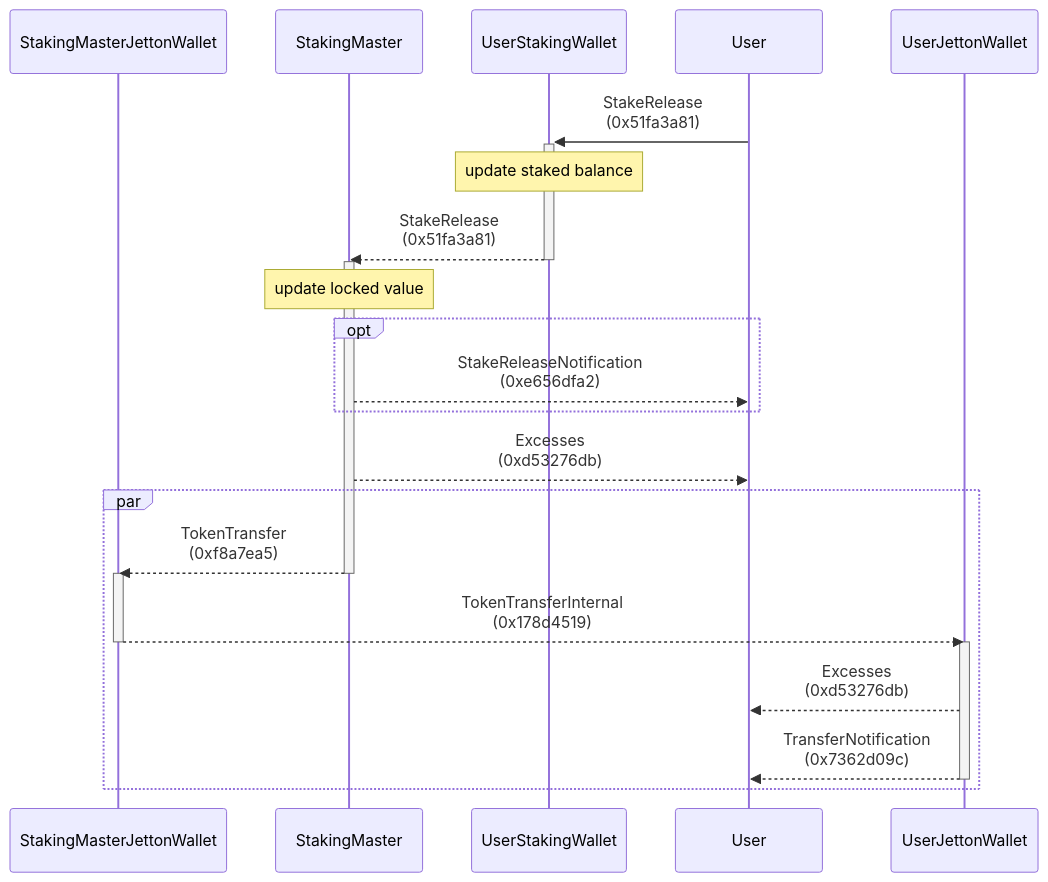
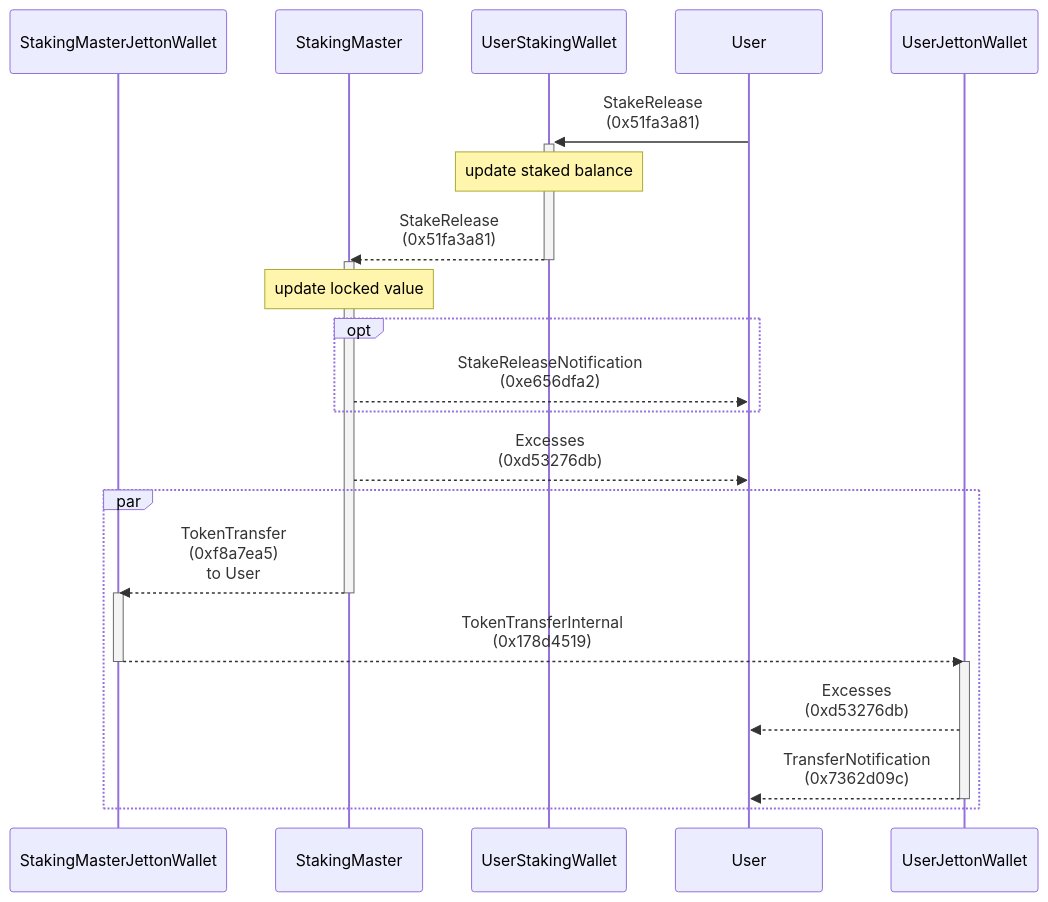
One commit to Laisky/tact-utils changed the fourth of 4 diagrams in contracts/staking/README.md. Above: the diagram before and after it, drawn with Mermaid. The commit also changed other lines of this file and 5 other files, not shown here.

````diff
--- a/contracts/staking/README.md
+++ b/contracts/staking/README.md
@@ -106,26 +106,26 @@
 ```mermaid
 sequenceDiagram
     participant E as StakingMasterJettonWallet
     participant A as StakingMaster
     participant B as UserStakingWallet
     participant C as User
     participant D as UserJettonWallet
 
     C ->>+ B: StakeRelease<BR />(0x51fa3a81)
     Note over B: update staked balance
     B -->>- A: StakeRelease<BR />(0x51fa3a81)
     activate A
     Note over A: update locked value
     opt
         A -->> C: StakeReleaseNotification<BR />(0xe656dfa2)
     end
     A -->> C: Excesses<BR />(0xd53276db)
     par
-        A -->>- E: TokenTransfer<BR />(0xf8a7ea5)
+        A -->>- E: TokenTransfer<BR />(0xf8a7ea5)<BR />to User
         activate E
         E -->>- D: TokenTransferInternal<BR />(0x178d4519)
         activate D
         D -->> C: Excesses<BR />(0xd53276db)
         D -->>- C: TransferNotification<BR />(0x7362d09c)
     end
 ```
````
